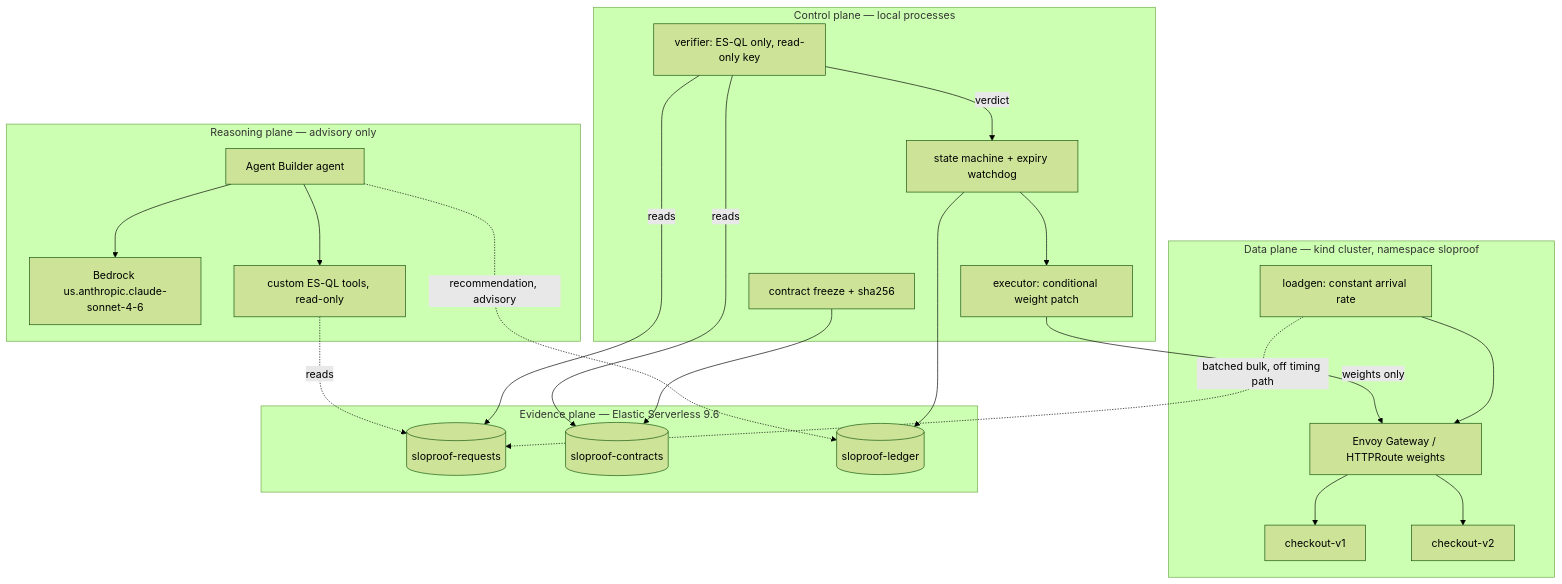
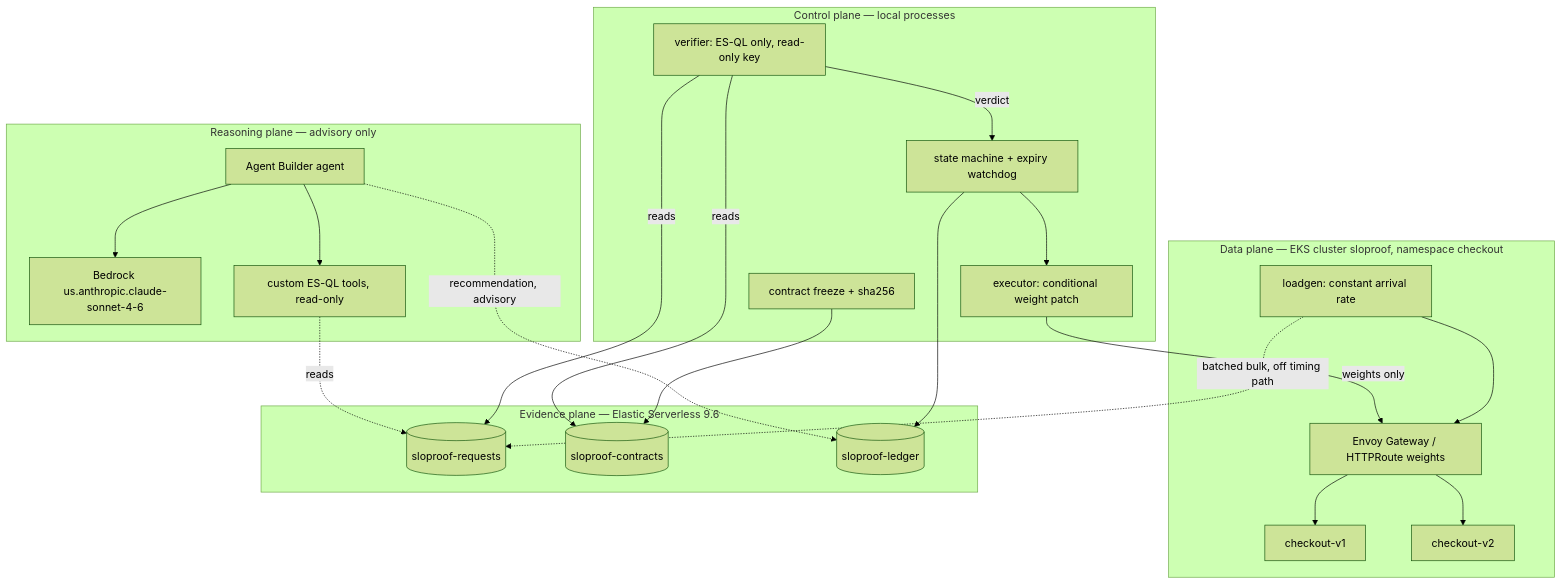
The diagram in docs/SERVICE_ARCHITECTURE.md (Tanav-Kolar/SLO-Proof), drawn with Mermaid (forest theme) before and after one commit. The commit also changed other lines of this file and 8 other files, not shown here.

````diff
--- a/docs/SERVICE_ARCHITECTURE.md
+++ b/docs/SERVICE_ARCHITECTURE.md
@@ -42,33 +43,33 @@
 ```mermaid
 flowchart TB
-    subgraph DP["Data plane — kind cluster, namespace sloproof"]
+    subgraph DP["Data plane — EKS cluster sloproof, namespace checkout"]
         LG[loadgen: constant arrival rate] --> GW[Envoy Gateway / HTTPRoute weights]
         GW --> V1[checkout-v1]
         GW --> V2[checkout-v2]
     end
     subgraph EP["Evidence plane — Elastic Serverless 9.6"]
         REQ[(sloproof-requests)]
         CON[(sloproof-contracts)]
         LED[(sloproof-ledger)]
     end
     subgraph CP["Control plane — local processes"]
         CT[contract freeze + sha256]
         EX[executor: conditional weight patch]
         VF[verifier: ES-QL only, read-only key]
         SM[state machine + expiry watchdog]
     end
     subgraph RP["Reasoning plane — advisory only"]
         AB[Agent Builder agent] --> BR[Bedrock us.anthropic.claude-sonnet-4-6]
         AB --> TOOLS[custom ES-QL tools, read-only]
     end
     LG -.->|batched bulk, off timing path| REQ
     CT --> CON
     VF -->|reads| REQ
     VF -->|reads| CON
     VF -->|verdict| SM
     SM --> EX
     EX -->|weights only| GW
     SM --> LED
     TOOLS -.->|reads| REQ
     AB -.->|recommendation, advisory| LED
 ```
````
